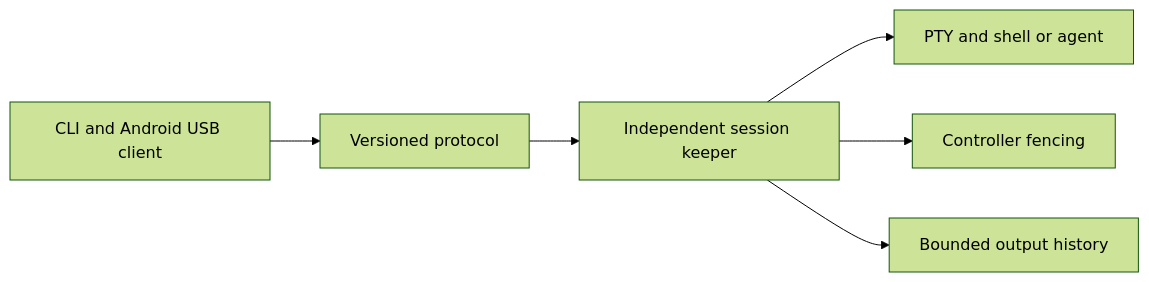
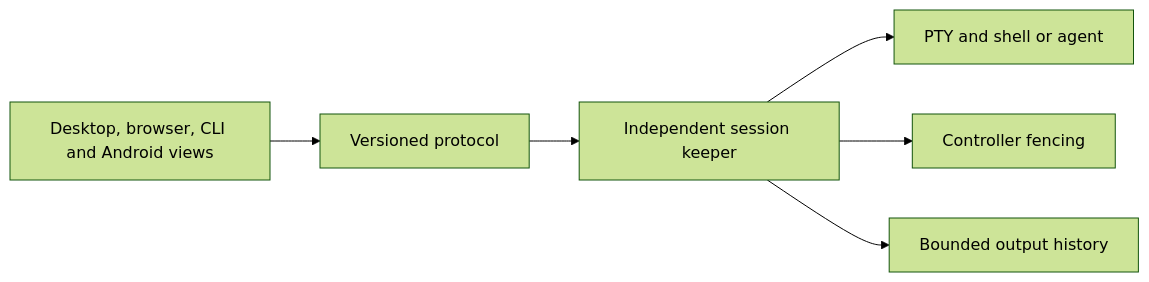
The diagram in README.md (dot-protocol/dot-terminal), drawn with Mermaid (forest theme) before and after one commit. The commit also changed other lines of this file and 47 other files, not shown here.

````diff
--- a/README.md
+++ b/README.md
@@ -78,8 +100,8 @@
 ```mermaid
 flowchart LR
-  Client[CLI and Android USB client] --> Protocol[Versioned protocol]
+  Client[Desktop, browser, CLI and Android views] --> Protocol[Versioned protocol]
   Protocol --> Keeper[Independent session keeper]
   Keeper --> PTY[PTY and shell or agent]
   Keeper --> Ownership[Controller fencing]
   Keeper --> History[Bounded output history]
 ```
````
